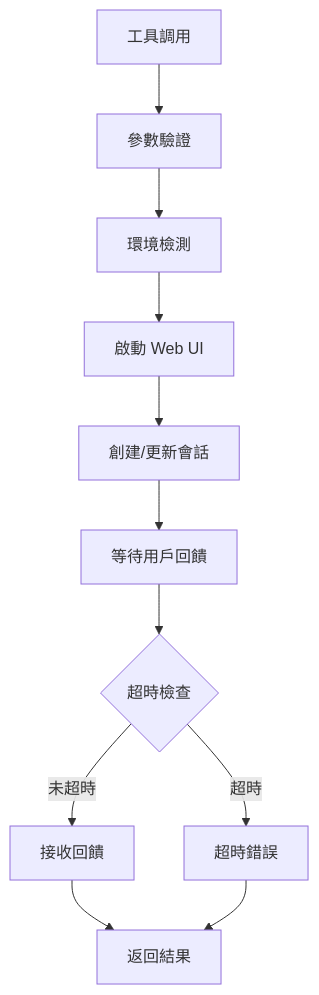
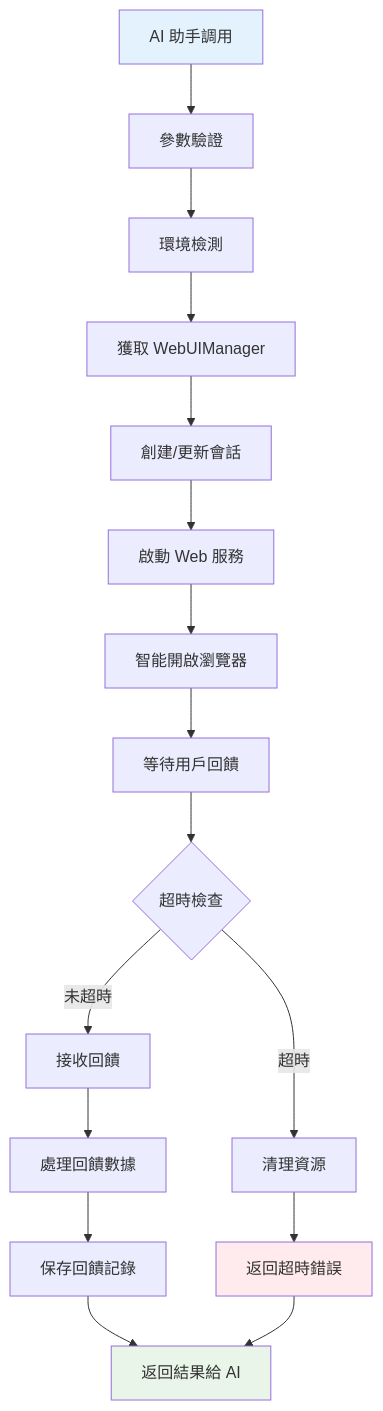
The second of 7 diagrams in docs/architecture/component-details.md (zetxtech/mcp-feedback-enhanced), drawn with Mermaid before and after one commit. The commit also changed other lines of this file and 4 other files, not shown here.

````diff
--- a/docs/architecture/component-details.md
+++ b/docs/architecture/component-details.md
@@ -86,13 +139,22 @@
 ```mermaid
 flowchart TD
-    START[工具調用] --> VALIDATE[參數驗證]
+    START[AI 助手調用] --> VALIDATE[參數驗證]
     VALIDATE --> ENV[環境檢測]
-    ENV --> LAUNCH[啟動 Web UI]
-    LAUNCH --> SESSION[創建/更新會話]
-    SESSION --> WAIT[等待用戶回饋]
+    ENV --> MANAGER[獲取 WebUIManager]
+    MANAGER --> SESSION[創建/更新會話]
+    SESSION --> LAUNCH[啟動 Web 服務]
+    LAUNCH --> BROWSER[智能開啟瀏覽器]
+    BROWSER --> WAIT[等待用戶回饋]
     WAIT --> TIMEOUT{超時檢查}
     TIMEOUT -->|未超時| FEEDBACK[接收回饋]
-    TIMEOUT -->|超時| ERROR[超時錯誤]
-    FEEDBACK --> RETURN[返回結果]
+    TIMEOUT -->|超時| CLEANUP[清理資源]
+    FEEDBACK --> PROCESS[處理回饋數據]
+    PROCESS --> SAVE[保存回饋記錄]
+    SAVE --> RETURN[返回結果給 AI]
+    CLEANUP --> ERROR[返回超時錯誤]
     ERROR --> RETURN
+
+    style START fill:#e3f2fd
+    style RETURN fill:#e8f5e8
+    style ERROR fill:#ffebee
 ```
````
